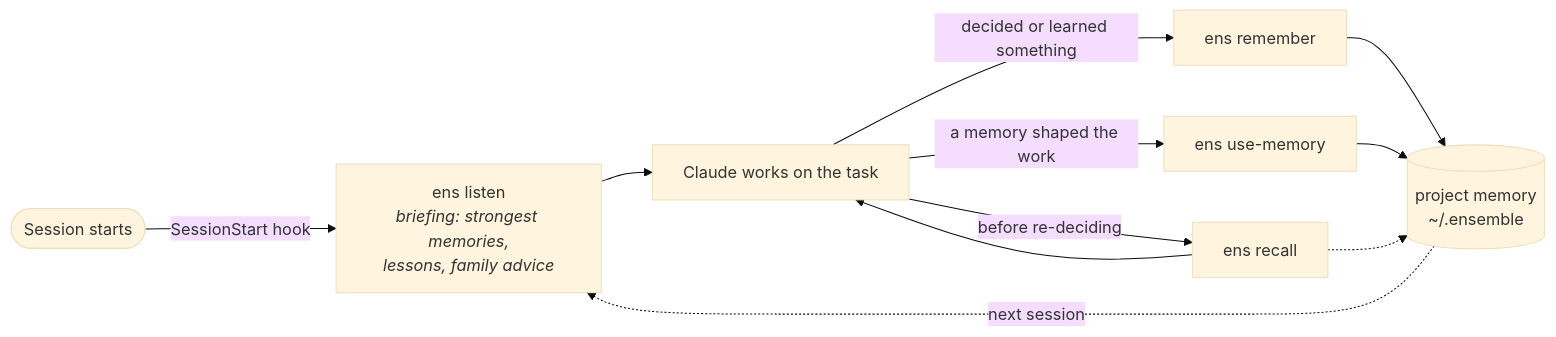
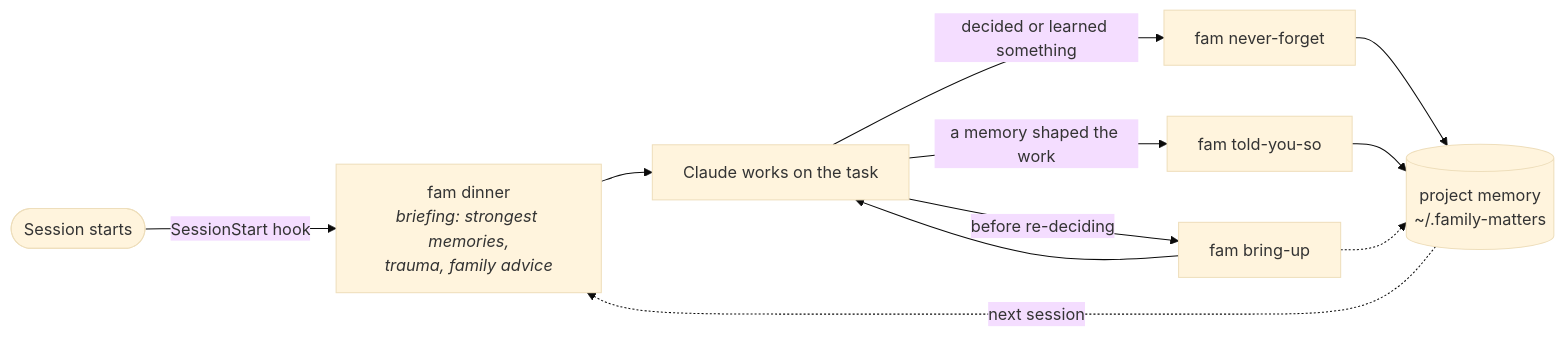
The first of 5 diagrams in README.md (TheHaymaker/Ensemble-of-memories), drawn with Mermaid (base theme) before and after one commit. The commit also changed other lines of this file and 53 other files, not shown here.

First line of the commit message:
Rename Ensemble to Family Matters: `fam` CLI, family-dysfunction vocabulary

````diff
--- a/README.md
+++ b/README.md
@@ -54,13 +56,13 @@
 ```mermaid
 flowchart LR
-    S([Session starts]) -->|SessionStart hook| L["ens listen<br/><i>briefing: strongest memories,<br/>lessons, family advice</i>"]
+    S([Session starts]) -->|SessionStart hook| L["fam dinner<br/><i>briefing: strongest memories,<br/>trauma, family advice</i>"]
     L --> W[Claude works on the task]
-    W -->|before re-deciding| R["ens recall"]
+    W -->|before re-deciding| R["fam bring-up"]
     R --> W
-    W -->|decided or learned something| M["ens remember"]
-    W -->|a memory shaped the work| U["ens use-memory"]
-    M --> Store[(project memory<br/>~/.ensemble)]
+    W -->|decided or learned something| M["fam never-forget"]
+    W -->|a memory shaped the work| U["fam told-you-so"]
+    M --> Store[(project memory<br/>~/.family-matters)]
     U --> Store
     R -.-> Store
     Store -.->|next session| L
 ```
````
